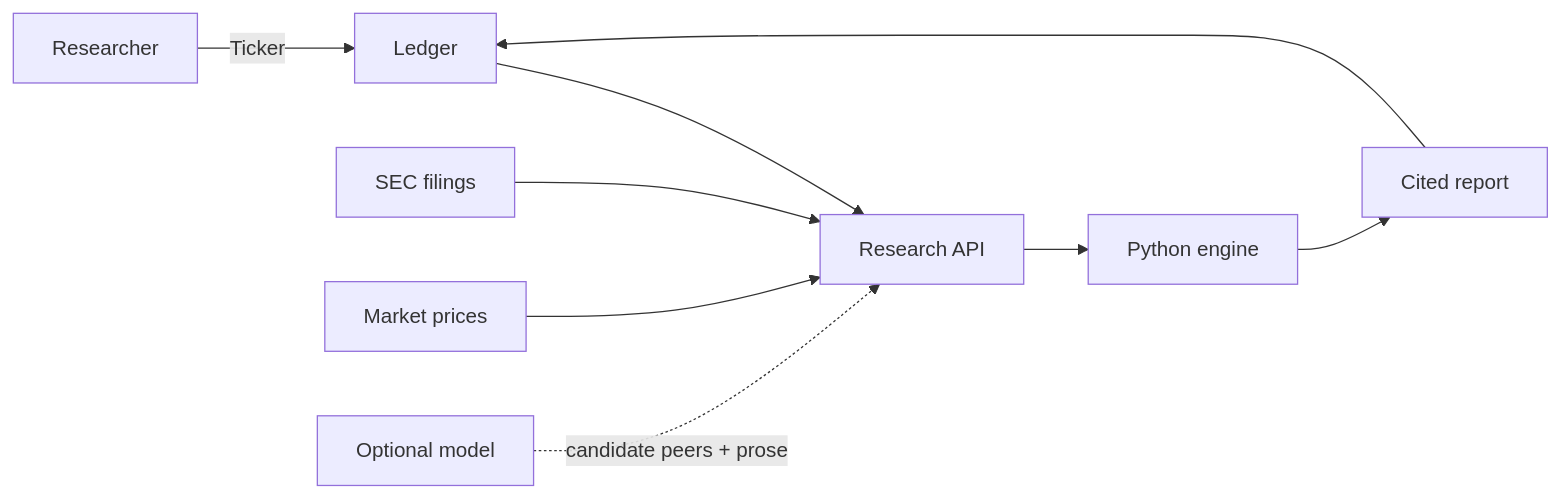
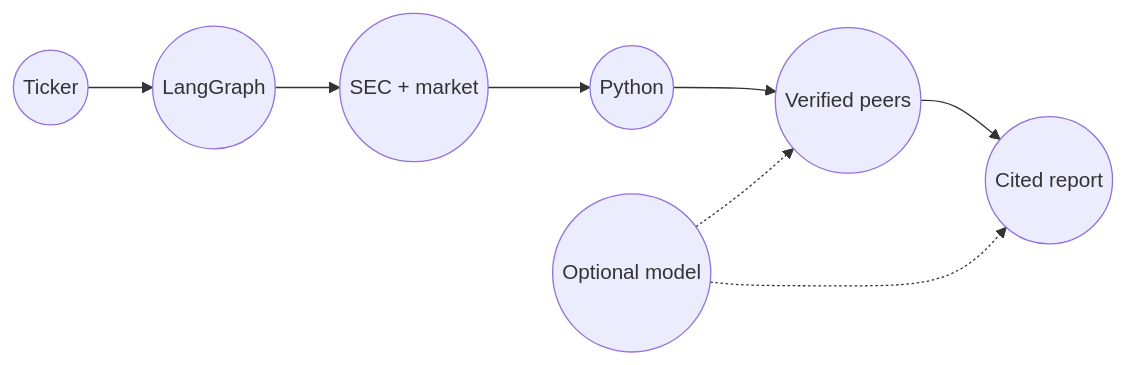
Before and after one commit to prentopoulos/financial-research-agent: the diagram in docs/ARCHITECTURE.md, drawn with Mermaid. The commit also changed other lines of this file and 3 other files, not shown here.

Commit message:
docs: clarify agent architecture

````diff
--- a/docs/ARCHITECTURE.md
+++ b/docs/ARCHITECTURE.md
@@ -7,11 +5,10 @@
 ```mermaid
 flowchart LR
-    R[Researcher] -->|Ticker| UI[Ledger]
-    UI --> API[Research API]
-    SEC[SEC filings] --> API
-    MKT[Market prices] --> API
-    API --> PY[Python engine]
-    PY --> OUT[Cited report]
-    OUT --> UI
-    MODEL[Optional model] -. candidate peers + prose .-> API
+    START((Ticker)) --> GRAPH((LangGraph))
+    GRAPH --> DATA((SEC + market))
+    DATA --> MATH((Python))
+    MATH --> PEERS((Verified peers))
+    PEERS --> END((Cited report))
+    MODEL((Optional model)) -.-> PEERS
+    MODEL -.-> END
 ```
````
